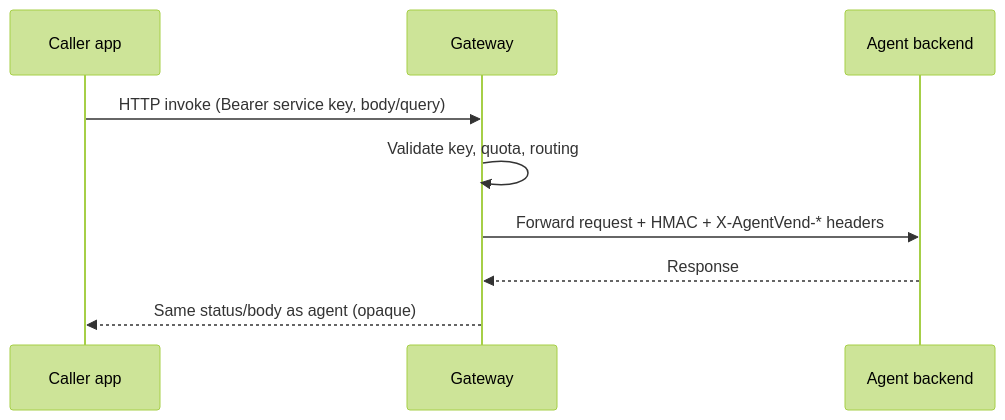
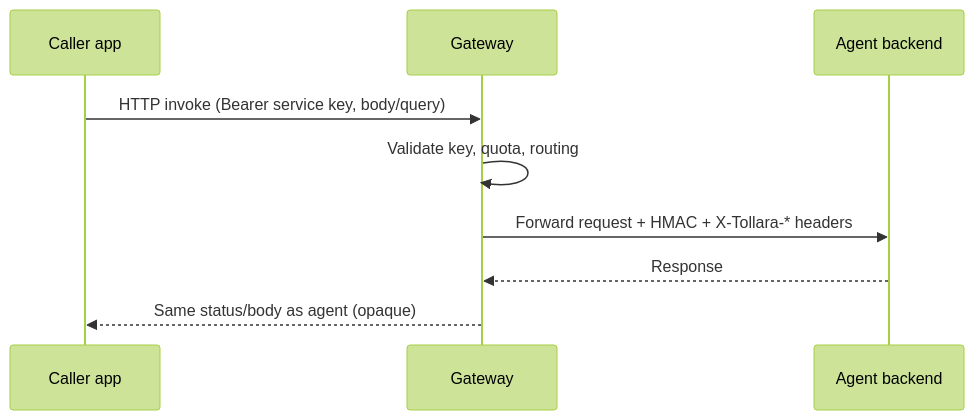
Before and after one commit to tollara/tollara-sdk: the second of 8 diagrams in docs/sdk-callers-and-backends.md, drawn with Mermaid (forest theme). The commit also changed other lines of this file and 205 other files, not shown here.

````diff
--- a/docs/sdk-callers-and-backends.md
+++ b/docs/sdk-callers-and-backends.md
@@ -68,12 +68,12 @@
 ```mermaid
 sequenceDiagram
   participant Caller as Caller app
   participant GW as Gateway
   participant Agent as Agent backend
 
   Caller->>GW: HTTP invoke (Bearer service key, body/query)
   GW->>GW: Validate key, quota, routing
-  GW->>Agent: Forward request + HMAC + X-AgentVend-* headers
+  GW->>Agent: Forward request + HMAC + X-Tollara-* headers
   Agent-->>GW: Response
   GW-->>Caller: Same status/body as agent (opaque)
 ```
````
